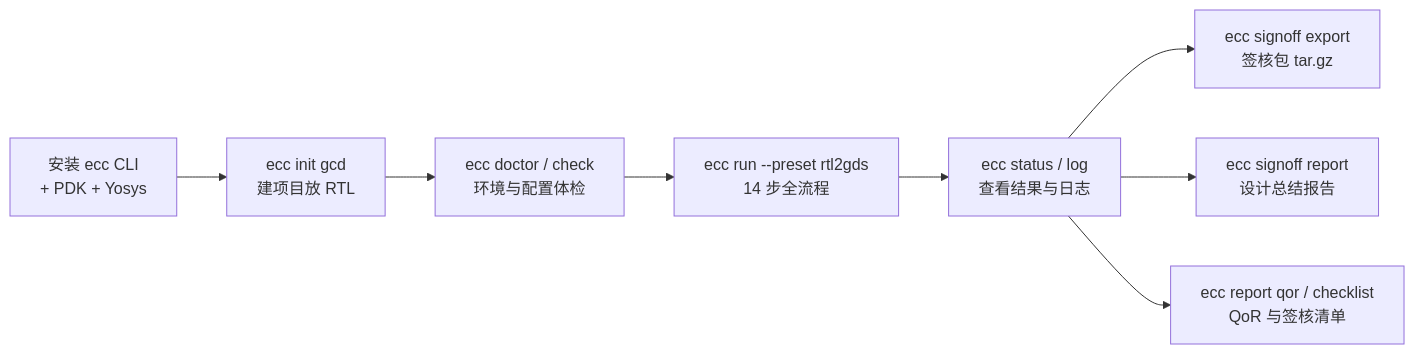
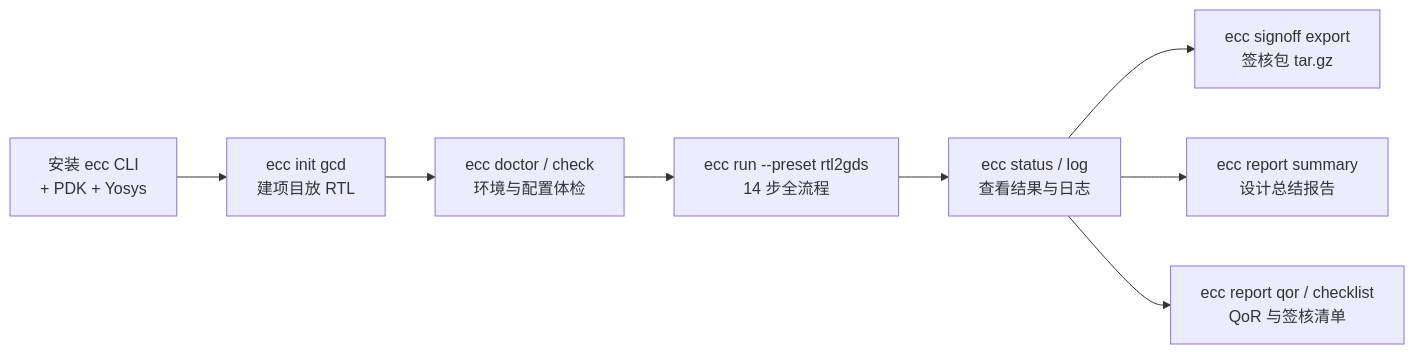
One commit to openecos-projects/ecc changed the first of 2 diagrams in docs/ecc-cli-tutorial.cn.md. Above: the diagram before and after it, drawn with Mermaid. The commit also changed other lines of this file and 31 other files, not shown here.

````diff
--- a/docs/ecc-cli-tutorial.cn.md
+++ b/docs/ecc-cli-tutorial.cn.md
@@ -15,10 +15,10 @@
 ```mermaid
 graph LR
     A[安装 ecc CLI<br/>+ PDK + Yosys] --> B[ecc init gcd<br/>建项目放 RTL]
     B --> C[ecc doctor / check<br/>环境与配置体检]
     C --> D[ecc run --preset rtl2gds<br/>14 步全流程]
     D --> E[ecc status / log<br/>查看结果与日志]
     E --> F[ecc signoff export<br/>签核包 tar.gz]
-    E --> G[ecc signoff report<br/>设计总结报告]
+    E --> G[ecc report summary<br/>设计总结报告]
     E --> H[ecc report qor / checklist<br/>QoR 与签核清单]
 ```
````
